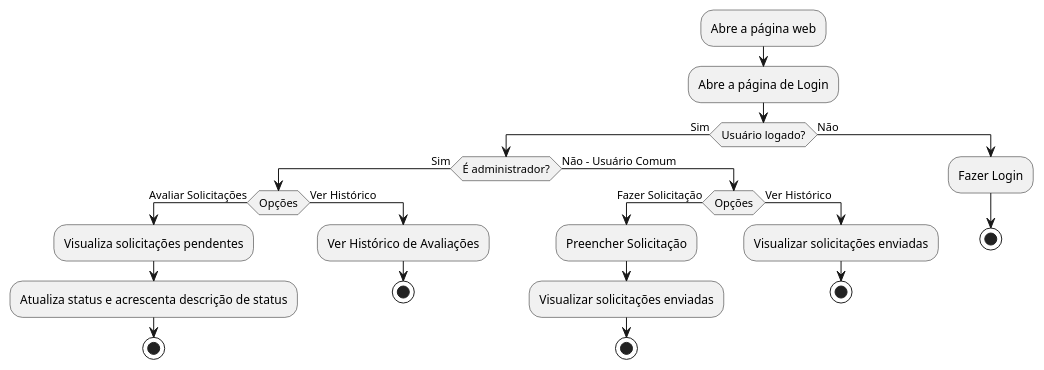
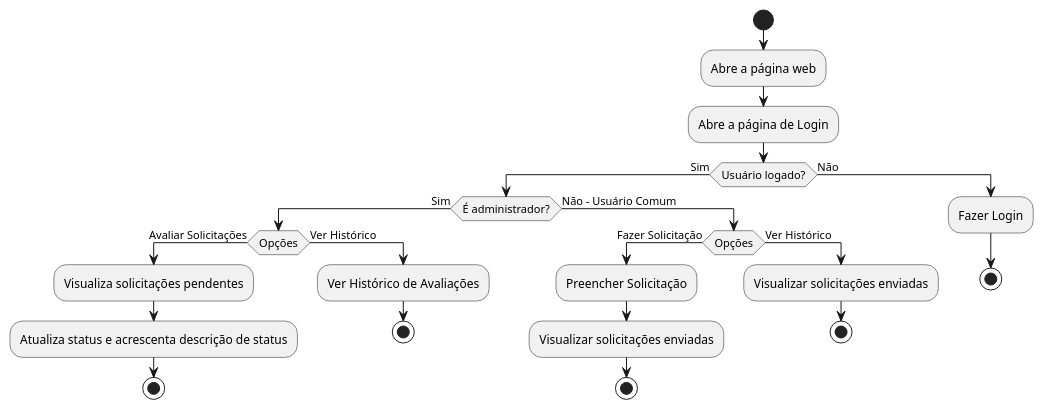
The diagram in ActivityDiagram.md (RenataArdito/Alerta-ADS), drawn with PlantUML before and after one commit.

````diff
--- a/ActivityDiagram.md
+++ b/ActivityDiagram.md
@@ -1,33 +1,33 @@
 ```plantuml
 @startuml
-
+start
 :Abre a página web;
 :Abre a página de Login;
 
 if (Usuário logado?) then (Sim)
     if (É administrador?) then (Sim)
         if (Opções) then (Avaliar Solicitações)
             :Visualiza solicitações pendentes;
             :Atualiza status e acrescenta descrição de status;
             stop
         else (Ver Histórico)
             :Ver Histórico de Avaliações;
             stop
         endif
     else (Não - Usuário Comum)
         if (Opções) then (Fazer Solicitação)
             :Preencher Solicitação;
             :Visualizar solicitações enviadas;
             stop
         else (Ver Histórico)
             :Visualizar solicitações enviadas;
             stop
         endif
     endif
 else (Não)
     :Fazer Login;
     stop
 endif
 
 @enduml
 ```
````
